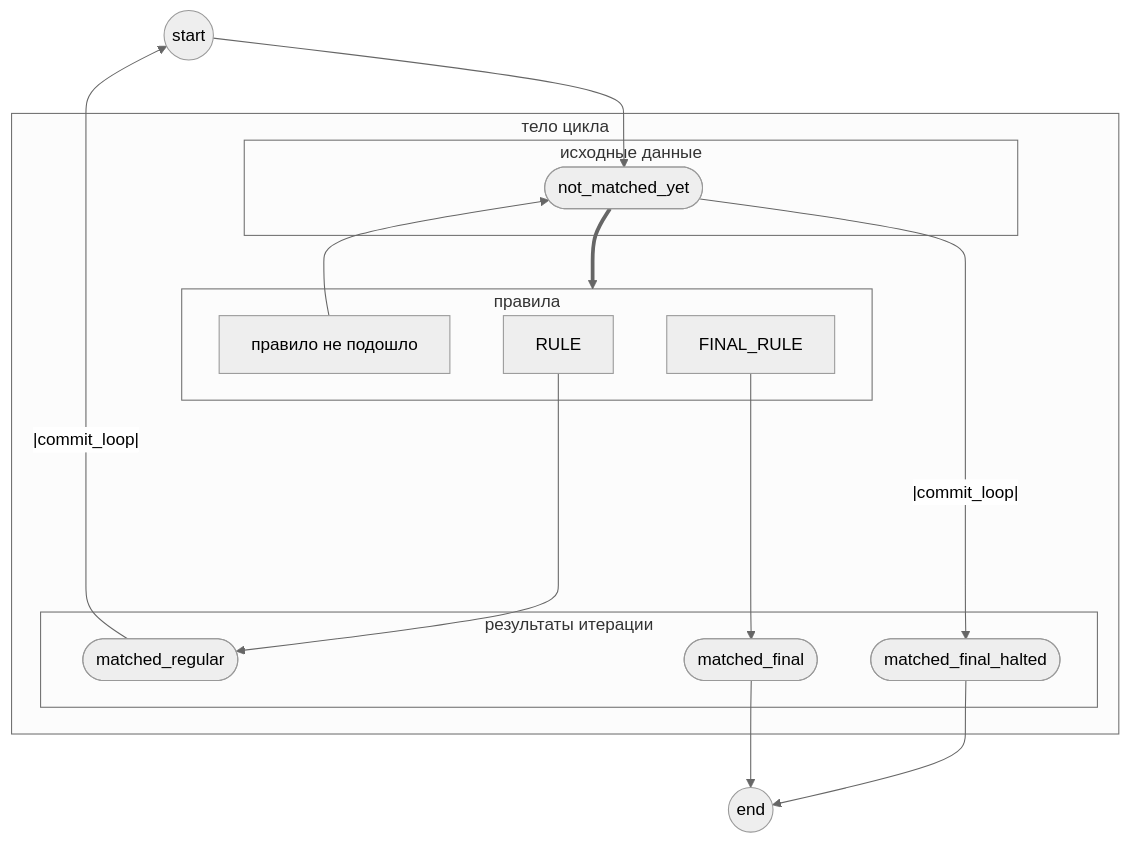
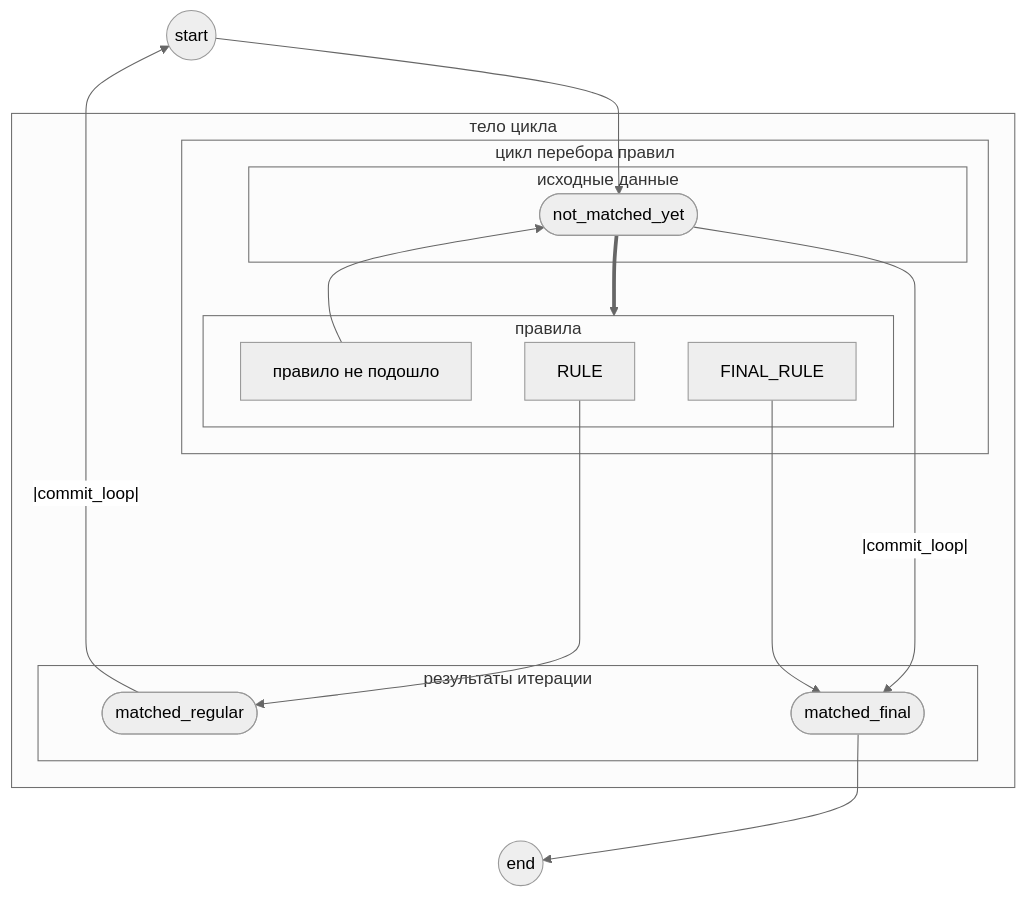
One commit to nickolaym/nenormal changed the first of 2 diagrams in details/tristate.md. Above: the diagram before and after it, drawn with Mermaid (neutral theme). The commit also changed other lines of this file and 9 other files, not shown here.

````diff
--- a/details/tristate.md
+++ b/details/tristate.md
@@ -38,40 +43,39 @@
 ```mermaid
 graph TD
 
 START((start))
 START ~~~ LOOP_BODY
 subgraph LOOP_BODY[тело цикла]
-    subgraph INPUT[исходные данные]
-        NMY([not_matched_yet])
-    end
-    subgraph RULES[правила]
-        MISMATCHED_RULE[правило не подошло]
-        RULE[RULE]
-        FINAL_RULE[FINAL_RULE]
+    subgraph FOR_RULES[цикл перебора правил]
+        subgraph INPUT[исходные данные]
+            NMY([not_matched_yet])
+        end
+        subgraph RULES[правила]
+            MISMATCHED_RULE[правило не подошло]
+            RULE[RULE]
+            FINAL_RULE[FINAL_RULE]
+        end
     end
     subgraph RESULTS[результаты итерации]
         MR([matched_regular])
         MF([matched_final])
-        MFH([matched_final_halted])
     end
 end
 LOOP_BODY ~~~ END
 END((end))
 
 %%%%%%%%
 
 START --> NMY
 
 NMY ==> RULES
 
 MISMATCHED_RULE --> NMY
 RULE ----> MR
 FINAL_RULE ----> MF
 
-
+NMY --|commit_loop|--> MF
 MR --|commit_loop|--> START
-NMY --|commit_loop|--> MFH
 
 MF --> END
-MFH --> END
 ```
````
